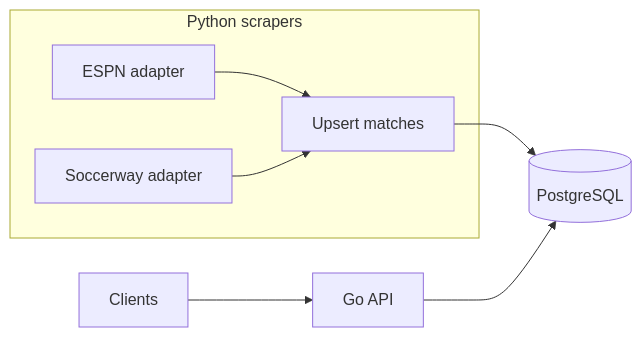
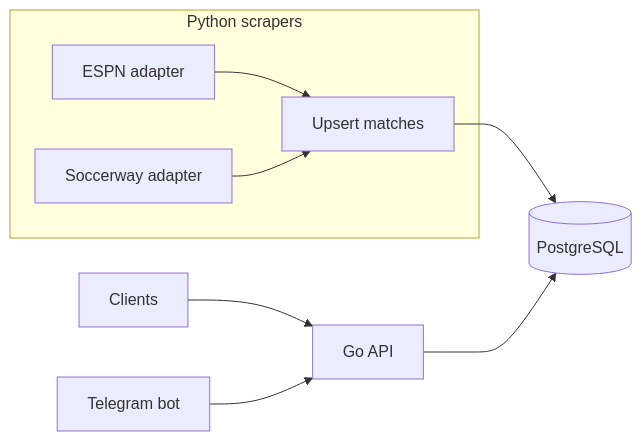
The diagram in README.md (mellomaths/football-fan-api), drawn with Mermaid before and after one commit. The commit also changed other lines of this file and 27 other files, not shown here.

First line of the commit message:
feat: Subscribers API, Telegram bot, team name filter, and scraper `team_competitions` fixes (#4)

````diff
--- a/README.md
+++ b/README.md
@@ -15,12 +15,13 @@
 ```mermaid
 flowchart LR
   subgraph scrapers [Python scrapers]
     ESPN[ESPN adapter]
     SW[Soccerway adapter]
     ESPN --> Upsert[Upsert matches]
     SW --> Upsert
   end
   Upsert --> PG[(PostgreSQL)]
   API[Go API] --> PG
   Clients[Clients] --> API
+  Bot[Telegram bot] --> API
 ```
````
